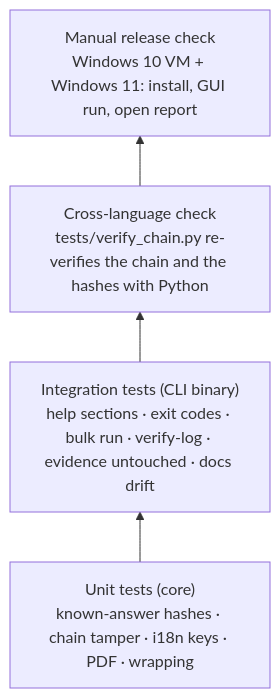
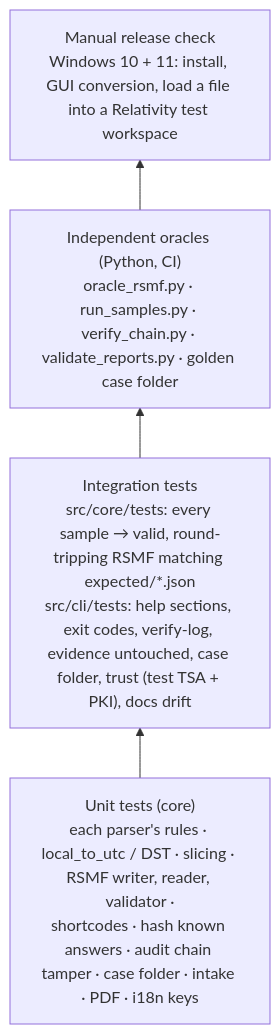
The first of 2 diagrams in docs/development.md (Panacota96/rv-rsmf), drawn with Mermaid before and after one commit. The commit also changed other lines of this file and 12 other files, not shown here.

First line of the commit message:
docs: rewrite README and docs for the RSMF conversion domain

````diff
--- a/docs/development.md
+++ b/docs/development.md
@@ -19,7 +27,7 @@
 ```mermaid
 flowchart BT
-    U["Unit tests (core)<br/>known-answer hashes · chain tamper · i18n keys · PDF · wrapping"] --> I
-    I["Integration tests (CLI binary)<br/>help sections · exit codes · bulk run · verify-log · evidence untouched · docs drift"] --> X
-    X["Cross-language check<br/>tests/verify_chain.py re-verifies the chain and the hashes with Python"] --> M
-    M["Manual release check<br/>Windows 10 VM + Windows 11: install, GUI run, open report"]
+    U["Unit tests (core)<br/>each parser's rules · local_to_utc / DST · slicing · RSMF writer, reader, validator ·<br/>shortcodes · hash known answers · audit chain tamper · case folder · intake · PDF · i18n keys"] --> I
+    I["Integration tests<br/>src/core/tests: every sample → valid, round-tripping RSMF matching expected/*.json<br/>src/cli/tests: help sections, exit codes, verify-log, evidence untouched, case folder, trust (test TSA + PKI), docs drift"] --> O
+    O["Independent oracles (Python, CI)<br/>oracle_rsmf.py · run_samples.py · verify_chain.py · validate_reports.py · golden case folder"] --> M
+    M["Manual release check<br/>Windows 10 + 11: install, GUI conversion, load a file into a Relativity test workspace"]
 ```
````
